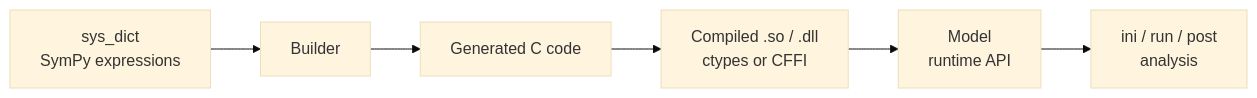
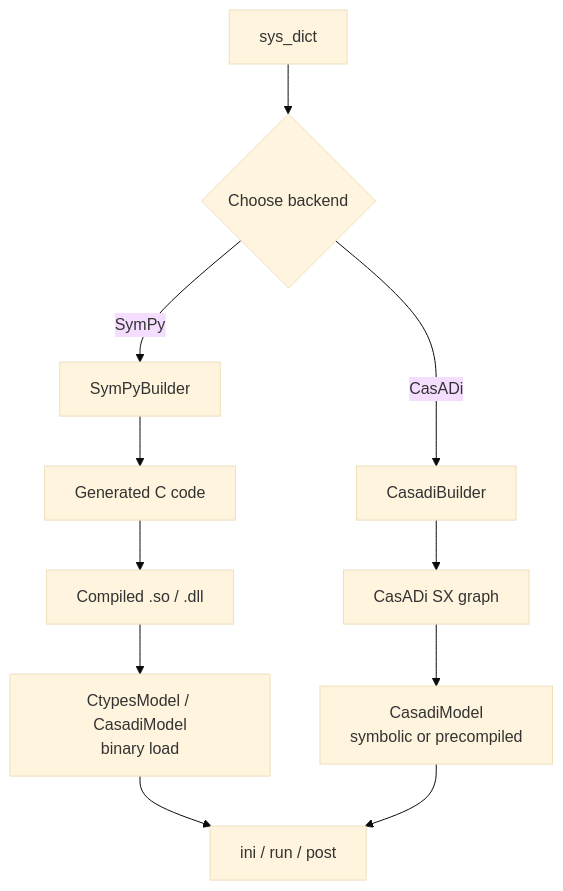
Before and after one commit to pydae/pydae: the diagram in docs/pydae-core/overview.md, drawn with Mermaid (base theme). The commit also changed other lines of this file and 12 other files, not shown here.

````diff
--- a/docs/pydae-core/overview.md
+++ b/docs/pydae-core/overview.md
@@ -8,8 +10,13 @@
 ```{mermaid}
-flowchart LR
-    A[sys_dict<br/>SymPy expressions] --> B[Builder]
-    B --> C[Generated C code]
-    C --> D[Compiled .so / .dll<br/>ctypes or CFFI]
-    D --> E[Model<br/>runtime API]
-    E --> F[ini / run / post<br/>analysis]
+flowchart TD
+    A[sys_dict] --> B{Choose backend}
+    B -->|SymPy| C[SymPyBuilder]
+    B -->|CasADi| D[CasadiBuilder]
+    C --> E[Generated C code]
+    E --> F[Compiled .so / .dll]
+    F --> G[CtypesModel / CasadiModel\nbinary load]
+    D --> H[CasADi SX graph]
+    H --> I[CasadiModel\nsymbolic or precompiled]
+    G --> J[ini / run / post]
+    I --> J
 ```
````
